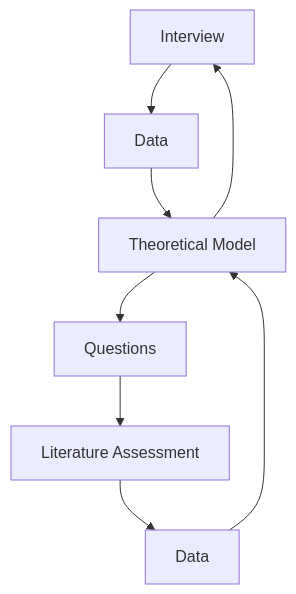
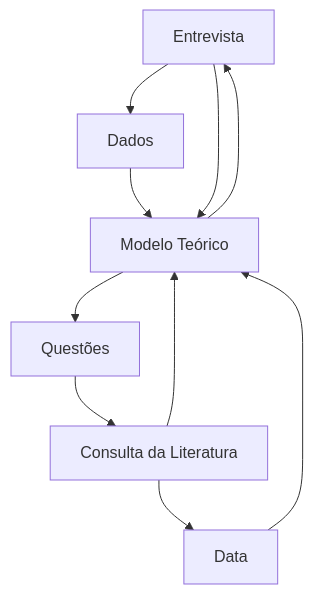
One commit to hugotseixas/tica-book changed the second of 4 diagrams in 02_methods.qmd. Above: the diagram before and after it, drawn with Mermaid. The commit also changed other lines of this file and 16 other files, not shown here.

````diff
--- a/02_methods.qmd
+++ b/02_methods.qmd
@@ -68,16 +69,18 @@
 ```{mermaid}
 %%| label: fig-theoretical-diagram
-%%| fig-cap: Workflow of theoretical model development
+%%| fig-cap: Fluxo geral do processo de desenvolvimento do modelo teórico.
 %%| fig-responsive: true
 %%| fig-align: center
 
 flowchart TD
-    A[Interview] --> B[Data]
-    C[Questions] --> D[Literature Assessment]
+    A[Entrevista] --> B[Dados]
+    C[Questões] --> D[Consulta da Literatura]
     D --> E[Data]
-    B --> F[Theoretical Model]
+    B --> F[Modelo Teórico]
+    A --> F
+    D --> F
     F --> C
     E --> F
     F --> A
 
 ```
````
